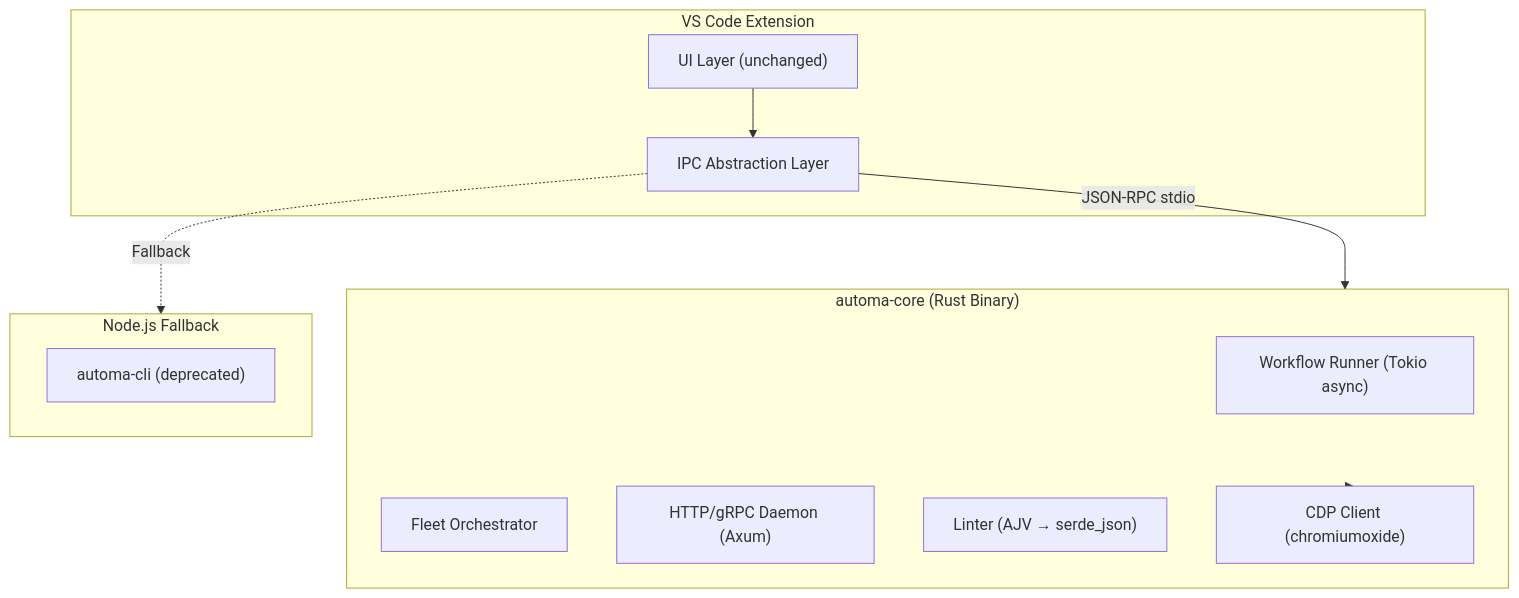
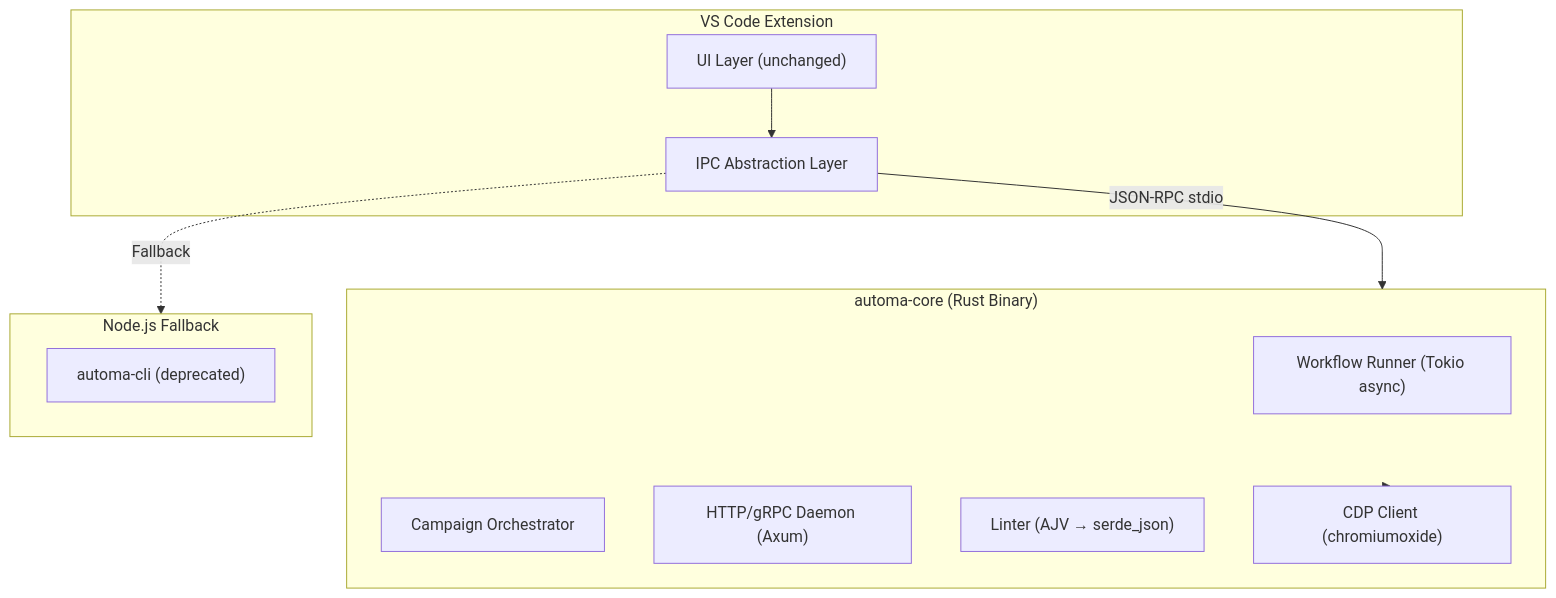
The third of 3 diagrams in documents/Core/product_strategy.md (tuquet/automa), drawn with Mermaid before and after one commit. The commit also changed other lines of this file and 48 other files, not shown here.

````diff
--- a/documents/Core/product_strategy.md
+++ b/documents/Core/product_strategy.md
@@ -234,24 +234,24 @@
 ```mermaid
 graph TD
     subgraph VSCode ["VS Code Extension"]
         UI["UI Layer (unchanged)"]
         IPC["IPC Abstraction Layer"]
     end
 
     subgraph Core ["automa-core (Rust Binary)"]
         Runner["Workflow Runner (Tokio async)"]
-        Fleet["Fleet Orchestrator"]
+        Campaign["Campaign Orchestrator"]
         Daemon["HTTP/gRPC Daemon (Axum)"]
         Linter["Linter (AJV → serde_json)"]
         CDP["CDP Client (chromiumoxide)"]
     end
 
     subgraph Legacy ["Node.js Fallback"]
         OldCLI["automa-cli (deprecated)"]
     end
 
     UI --> IPC
     IPC -->|"JSON-RPC stdio"| Core
     IPC -.->|"Fallback"| Legacy
     Core --> CDP
 ```
````
